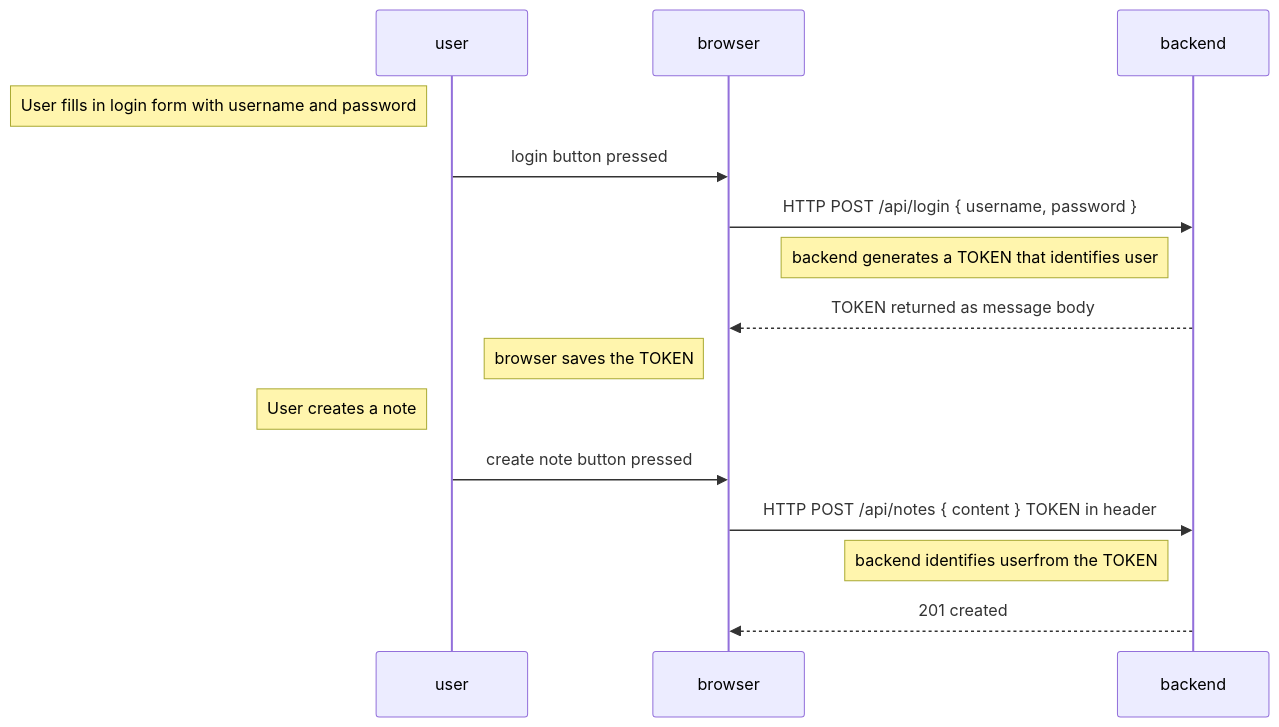
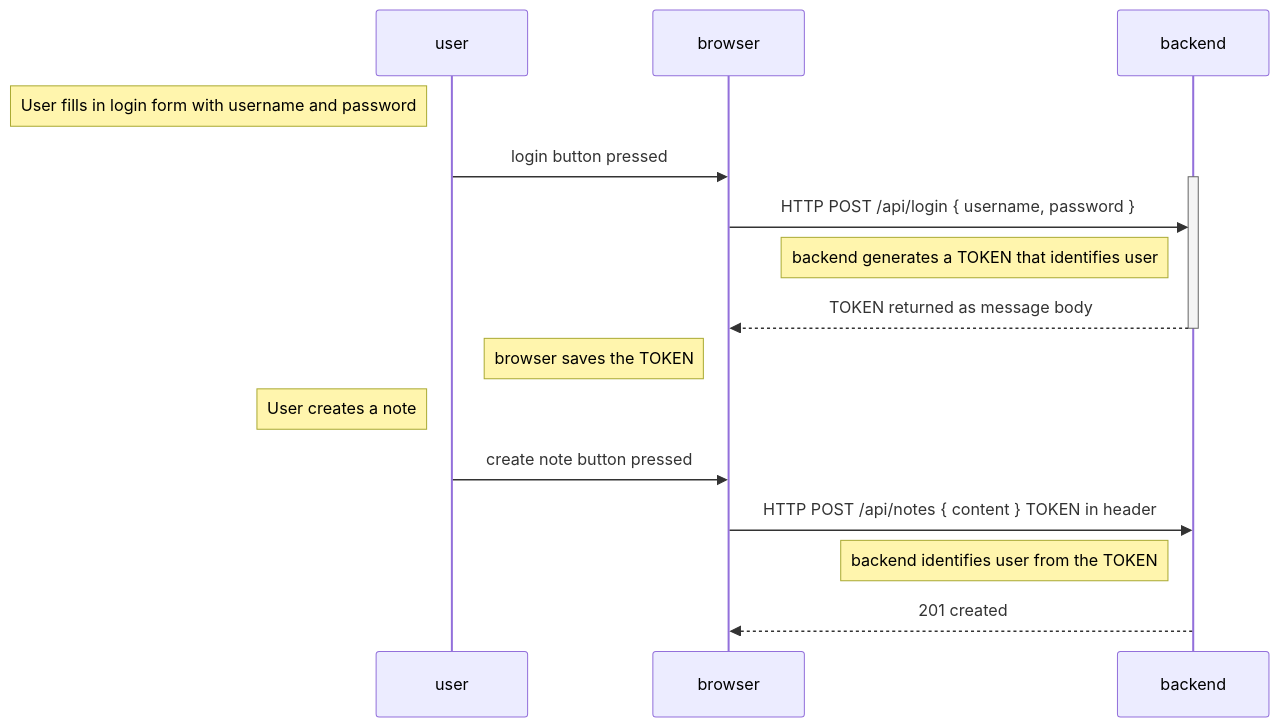
The third of 3 diagrams in README.md (fullstack-hy2020/misc), drawn with Mermaid before and after one commit.

````diff
--- a/README.md
+++ b/README.md
@@ -54,23 +54,26 @@
 ```mermaid
 sequenceDiagram
     participant user
     participant browser
     participant backend
     
     Note left of user: User fills in login form with username and password
     user->>browser: login button pressed
+    
+    activate backend
     browser->>backend: HTTP POST /api/login { username, password }
     
     Note left of backend: backend generates a TOKEN that identifies user
     backend-->>browser: TOKEN returned as message body
+    deactivate backend
     
     Note left of browser: browser saves the TOKEN
     
     Note left of user: User creates a note
     
     user ->> browser: create note button pressed
     browser ->> backend: HTTP POST /api/notes { content } TOKEN in header
-    Note left of backend: backend identifies userfrom the TOKEN
+    Note left of backend: backend identifies user from the TOKEN
 
     backend -->> browser: 201 created
 ```
````
